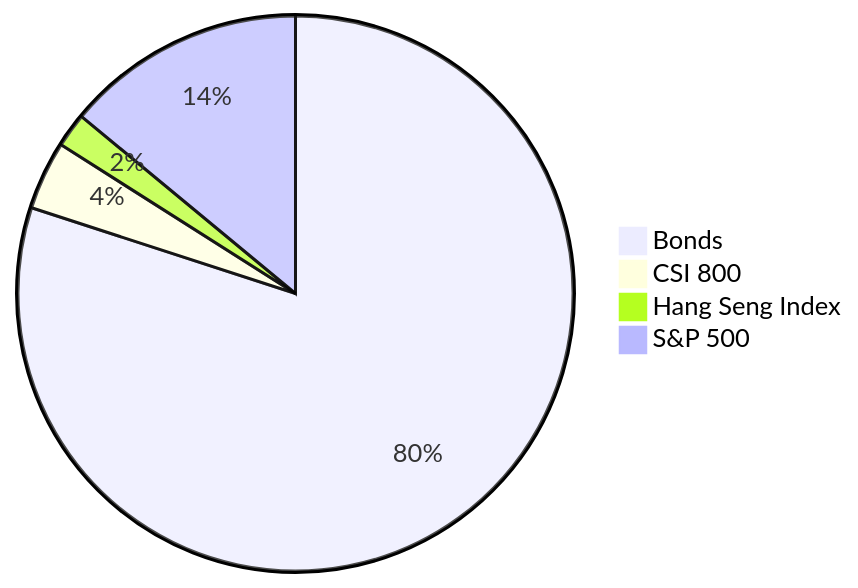
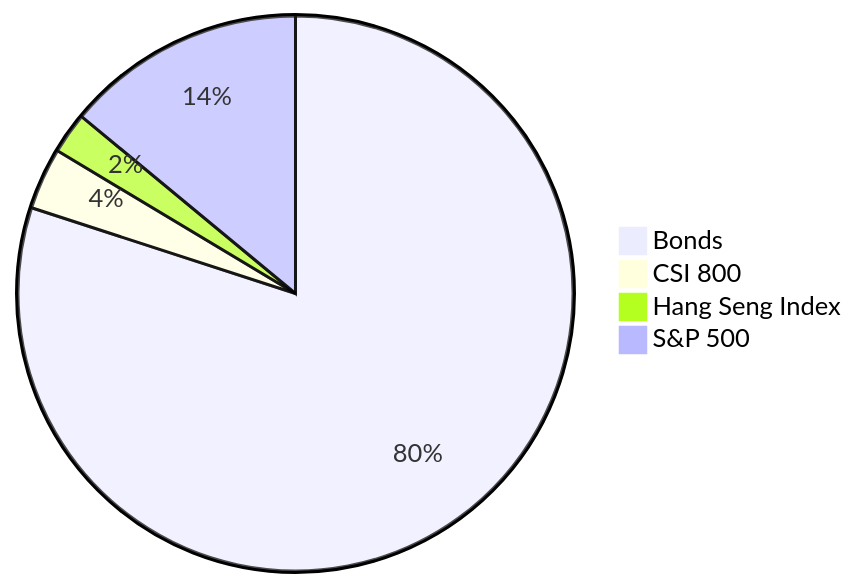
The first of 5 diagrams in chinese-couch-potato.md (low-earth-orbit/notes), drawn with Mermaid before and after one commit. The commit also changed other lines of this file, not shown here.

````diff
--- a/chinese-couch-potato.md
+++ b/chinese-couch-potato.md
@@ -131,7 +131,7 @@
 ```mermaid
 pie
 "Bonds" : 80
-"CSI 800": 4
-"Hang Seng Index" : 2
+"CSI 800": 3.6
+"Hang Seng Index" : 2.4
 "S&P 500" : 14
 ```
````
